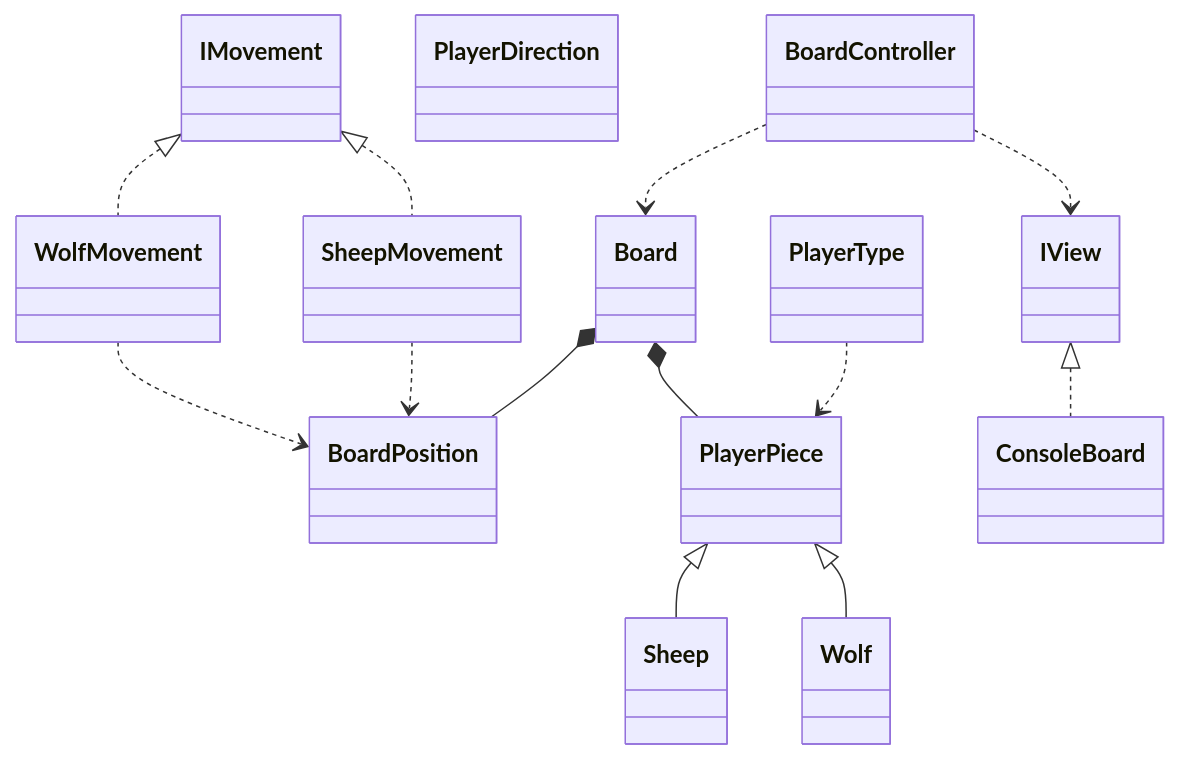
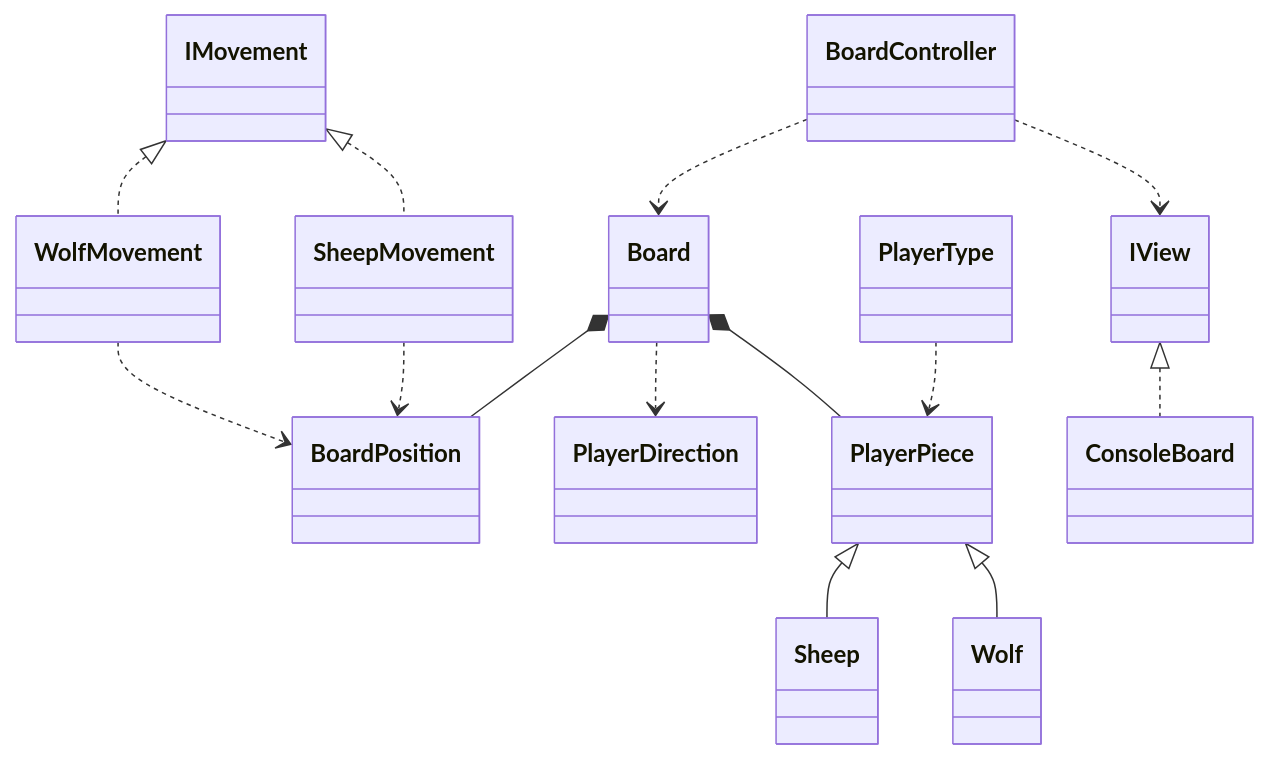
Before and after one commit to RicardoMota22/ProjDeRecurso: the diagram in README.md, drawn with Mermaid.

Commit message:
add check if mermaid example of actual project works.pt8

````diff
--- a/README.md
+++ b/README.md
@@ -41,69 +41,70 @@
 ```mermaid
 classDiagram
     class Board {
         
     }
 
     class BoardPosition {
         
     }
     class IMovement {
         
     }
     class PlayerType {
         
     }
 
     class PlayerDirection {
         
     }
 
     class PlayerPiece {
         
     }
 
     class Sheep {
         
     }
 
     class SheepMovement {
         
     }
     class Wolf {
         
     }
     class WolfMovement {
         
     }
 
     class ConsoleBoard {
         
     }
     class IView {
         
     }
     class BoardController {
         
     }
 
     PlayerPiece <|-- Sheep
     PlayerPiece <|-- Wolf
 
     IMovement <|.. SheepMovement
     IMovement <|.. WolfMovement
 
     IView <|.. ConsoleBoard
 
     WolfMovement ..> BoardPosition
     SheepMovement ..> BoardPosition
 
     BoardController ..> IView
     BoardController ..> Board
 
     Board *-- PlayerPiece
     Board *-- BoardPosition
     PlayerType ..> PlayerPiece
+    Board ..> PlayerDirection
 
 
 
 ```
````
